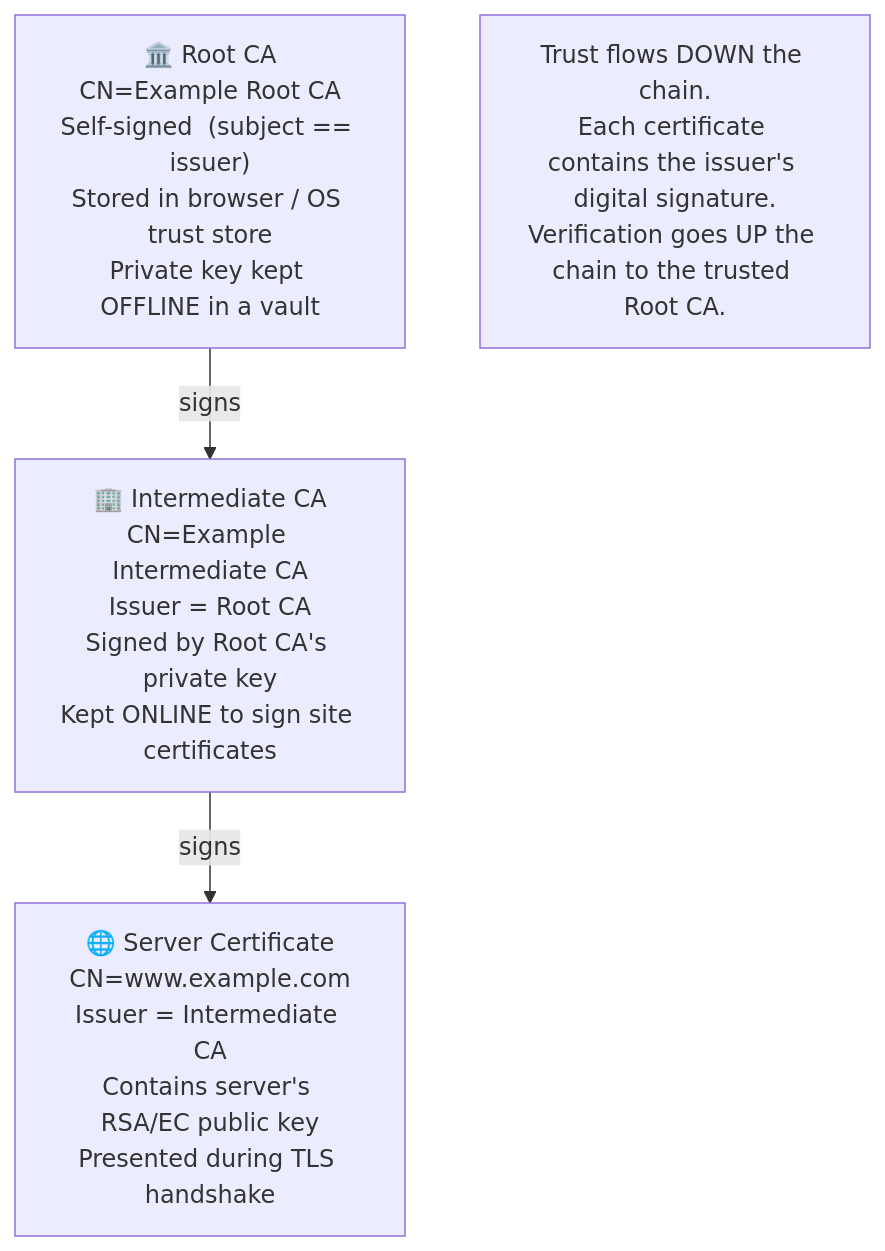
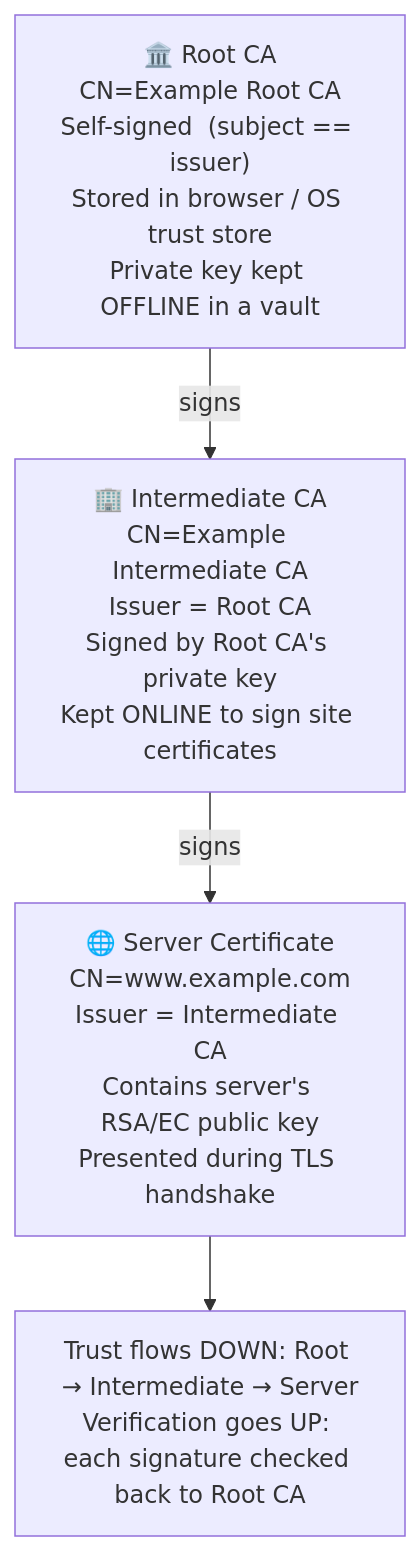
Before and after one commit to csoares/SecurityJava: the first of 6 diagrams in src/main/java/security/pki/README.md, drawn with Mermaid. The commit also changed other lines of this file and 23 other files, not shown here.

Commit message:
Refine README diagrams and descriptions for clarity and accuracy

````diff
--- a/src/main/java/security/pki/README.md
+++ b/src/main/java/security/pki/README.md
@@ -16,11 +16,10 @@
 ```mermaid
 flowchart TD
-    ROOT["🏛️ Root CA\nCN=Example Root CA\nSelf-signed  (subject == issuer)\nStored in browser / OS trust store\nPrivate key kept OFFLINE in a vault"]
-    INT["🏢 Intermediate CA\nCN=Example Intermediate CA\nIssuer = Root CA\nSigned by Root CA's private key\nKept ONLINE to sign site certificates"]
-    SERVER["🌐 Server Certificate\nCN=www.example.com\nIssuer = Intermediate CA\nContains server's RSA/EC public key\nPresented during TLS handshake"]
+    ROOT["🏛️ Root CA<br/>CN=Example Root CA<br/>Self-signed  (subject == issuer)<br/>Stored in browser / OS trust store<br/>Private key kept OFFLINE in a vault"]
+    INT["🏢 Intermediate CA<br/>CN=Example Intermediate CA<br/>Issuer = Root CA<br/>Signed by Root CA's private key<br/>Kept ONLINE to sign site certificates"]
+    SERVER["🌐 Server Certificate<br/>CN=www.example.com<br/>Issuer = Intermediate CA<br/>Contains server's RSA/EC public key<br/>Presented during TLS handshake"]
 
     ROOT -->|"signs"| INT
     INT  -->|"signs"| SERVER
-
-    NOTE["Trust flows DOWN the chain.\nEach certificate contains the issuer's digital signature.\nVerification goes UP the chain to the trusted Root CA."]
+    SERVER --> NOTE["Trust flows DOWN: Root → Intermediate → Server<br/>Verification goes UP: each signature checked back to Root CA"]
 ```
````
